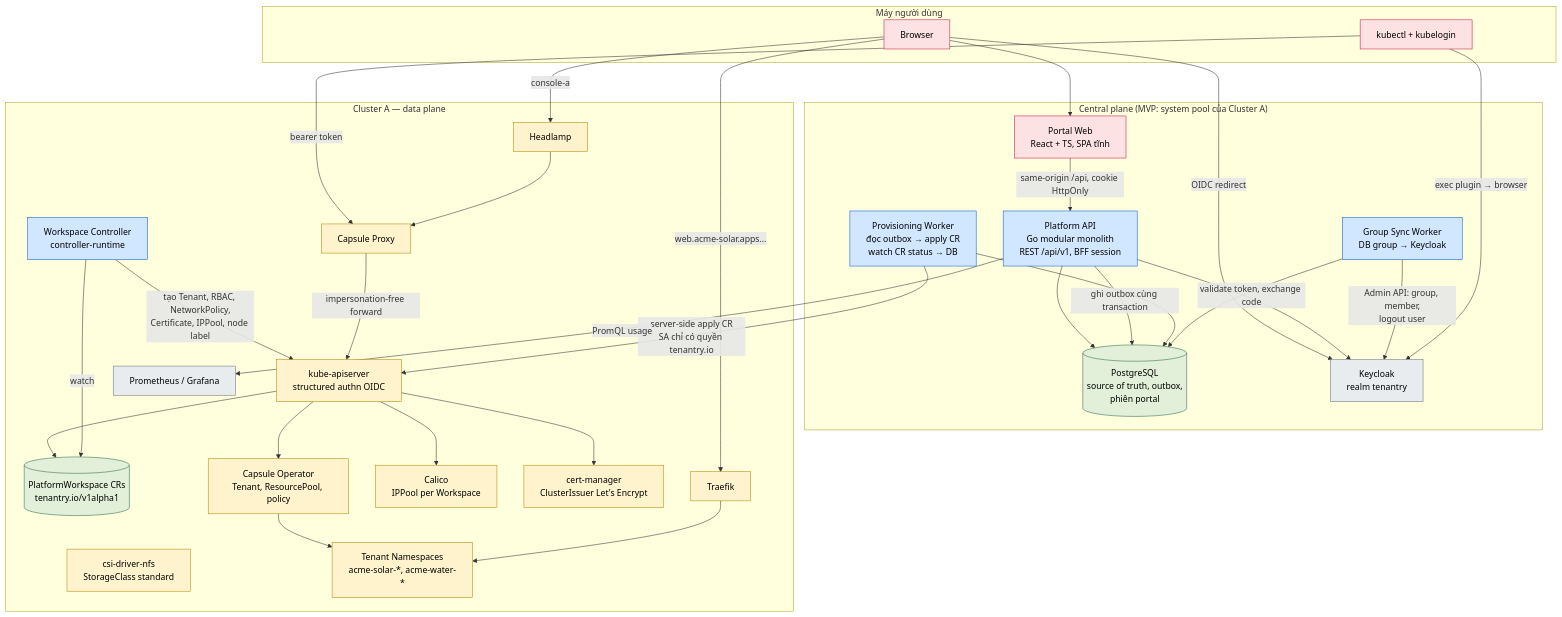
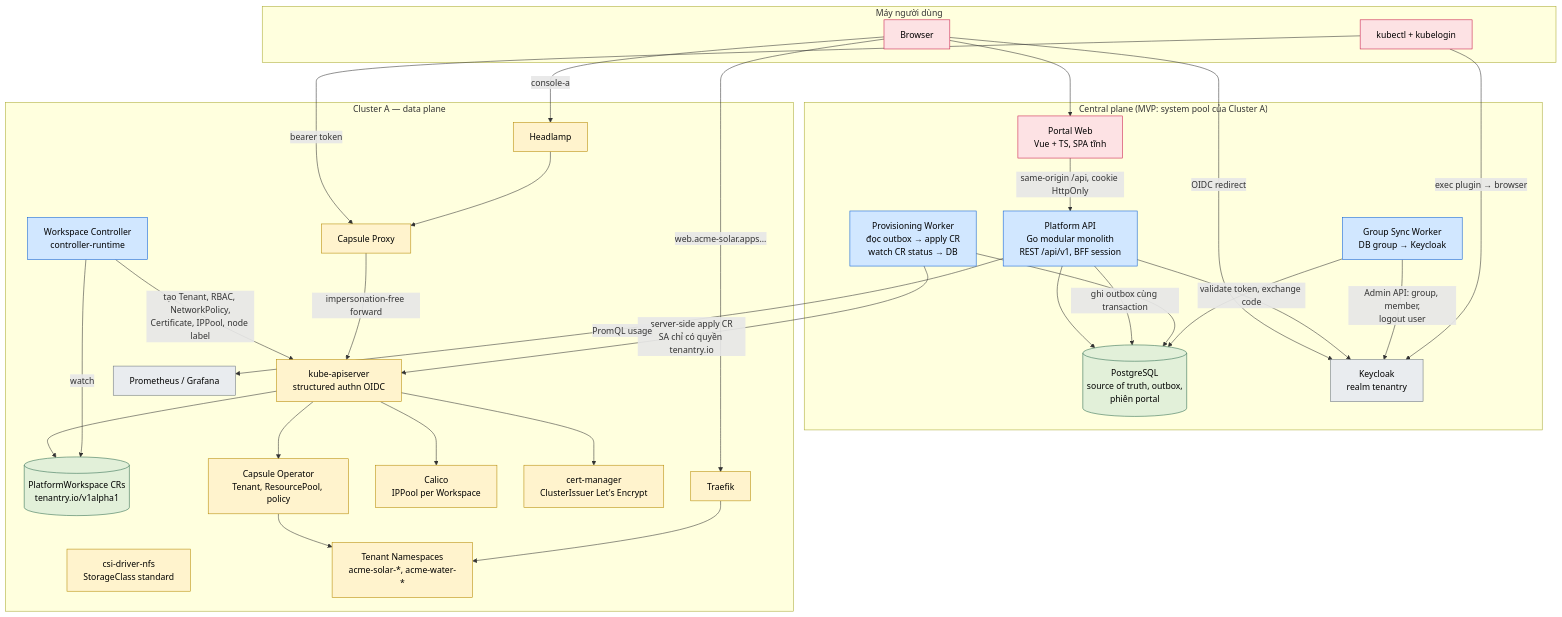
One commit to thaihoc1310/tenantry changed the second of 5 diagrams in docs/architecture/01-system-context.md. Above: the diagram before and after it, drawn with Mermaid. The commit also changed 5 other files, not shown here.

Commit message:
docs(plan): Vue 3 with Element Plus for the frontend, shared quota that leaves dedicated nodes out, compute modes derived from pools and nodes, shared pool nodes managed from the portal, and rules for editing a grant

````diff
--- a/docs/architecture/01-system-context.md
+++ b/docs/architecture/01-system-context.md
@@ -56,64 +56,64 @@
 ```mermaid
 flowchart TB
   classDef ui fill:#fde2e4,stroke:#c9184a,color:#000
   classDef svc fill:#d1e7ff,stroke:#0b5ed7,color:#000
   classDef data fill:#e2f0d9,stroke:#2d6a4f,color:#000
   classDef k8s fill:#fff3cd,stroke:#b58900,color:#000
   classDef ext fill:#e9ecef,stroke:#6c757d,color:#000
 
   subgraph Client["Máy người dùng"]
     Browser["Browser"]:::ui
     Kubectl["kubectl + kubelogin"]:::ui
   end
 
   subgraph Central["Central plane (MVP: system pool của Cluster A)"]
-    SPA["Portal Web<br/>React + TS, SPA tĩnh"]:::ui
+    SPA["Portal Web<br/>Vue + TS, SPA tĩnh"]:::ui
     API["Platform API<br/>Go modular monolith<br/>REST /api/v1, BFF session"]:::svc
     PW["Provisioning Worker<br/>đọc outbox → apply CR<br/>watch CR status → DB"]:::svc
     GS["Group Sync Worker<br/>DB group → Keycloak"]:::svc
     PG[("PostgreSQL<br/>source of truth, outbox,<br/>phiên portal")]:::data
     KC["Keycloak<br/>realm tenantry"]:::ext
   end
 
   subgraph ClusterA["Cluster A — data plane"]
     APIS["kube-apiserver<br/>structured authn OIDC"]:::k8s
     CRD[("PlatformWorkspace CRs<br/>tenantry.io/v1alpha1")]:::data
     WC["Workspace Controller<br/>controller-runtime"]:::svc
     Capsule["Capsule Operator<br/>Tenant, ResourcePool, policy"]:::k8s
     Calico["Calico<br/>IPPool per Workspace"]:::k8s
     CM["cert-manager<br/>ClusterIssuer Let's Encrypt"]:::k8s
     CP["Capsule Proxy"]:::k8s
     HL["Headlamp"]:::k8s
     Ing["Traefik"]:::k8s
     NFS["csi-driver-nfs<br/>StorageClass standard"]:::k8s
     Mon["Prometheus / Grafana"]:::ext
     WL["Tenant Namespaces<br/>acme-solar-*, acme-water-*"]:::k8s
   end
 
   Browser --> SPA
   SPA -->|"same-origin /api, cookie HttpOnly"| API
   Browser -->|"OIDC redirect"| KC
   API -->|"validate token, exchange code"| KC
   API --> PG
   API -->|"ghi outbox cùng transaction"| PG
   PW --> PG
   PW -->|"server-side apply CR<br/>SA chỉ có quyền tenantry.io"| APIS
   APIS --> CRD
   WC -->|"watch"| CRD
   WC -->|"tạo Tenant, RBAC, NetworkPolicy,<br/>Certificate, IPPool, node label"| APIS
   APIS --> Capsule
   APIS --> Calico
   APIS --> CM
   Capsule --> WL
   GS --> PG
   GS -->|"Admin API: group, member,<br/>logout user"| KC
   API -->|"PromQL usage"| Mon
 
   Kubectl -->|"exec plugin → browser"| KC
   Kubectl -->|"bearer token"| CP
   Browser -->|"console-a"| HL
   HL --> CP
   CP -->|"impersonation-free forward"| APIS
   Browser -->|"web.acme-solar.apps..."| Ing
   Ing --> WL
 ```
````
